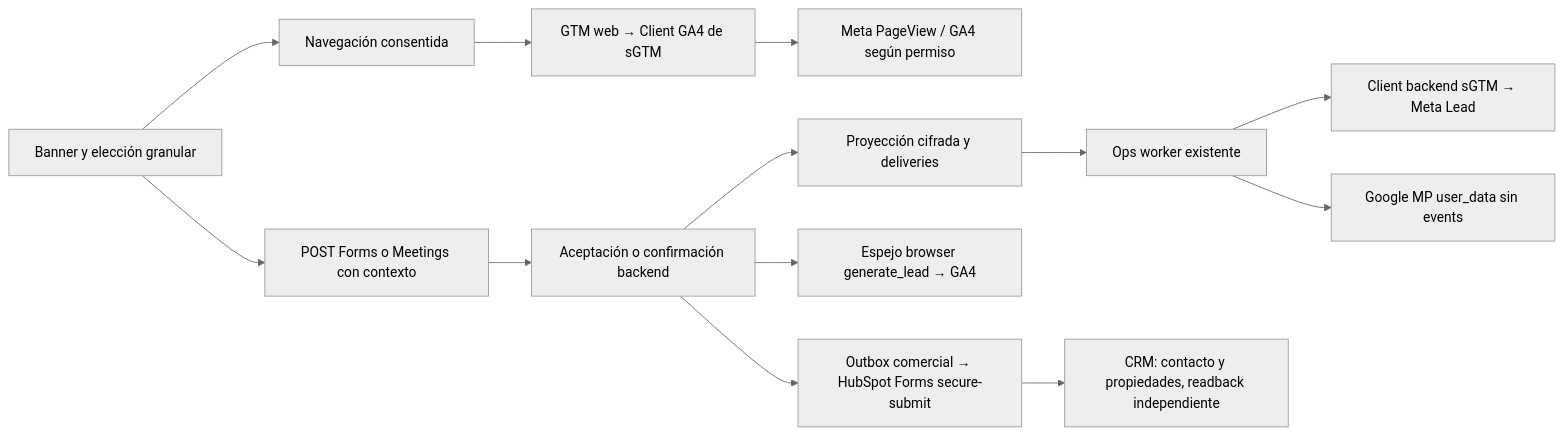
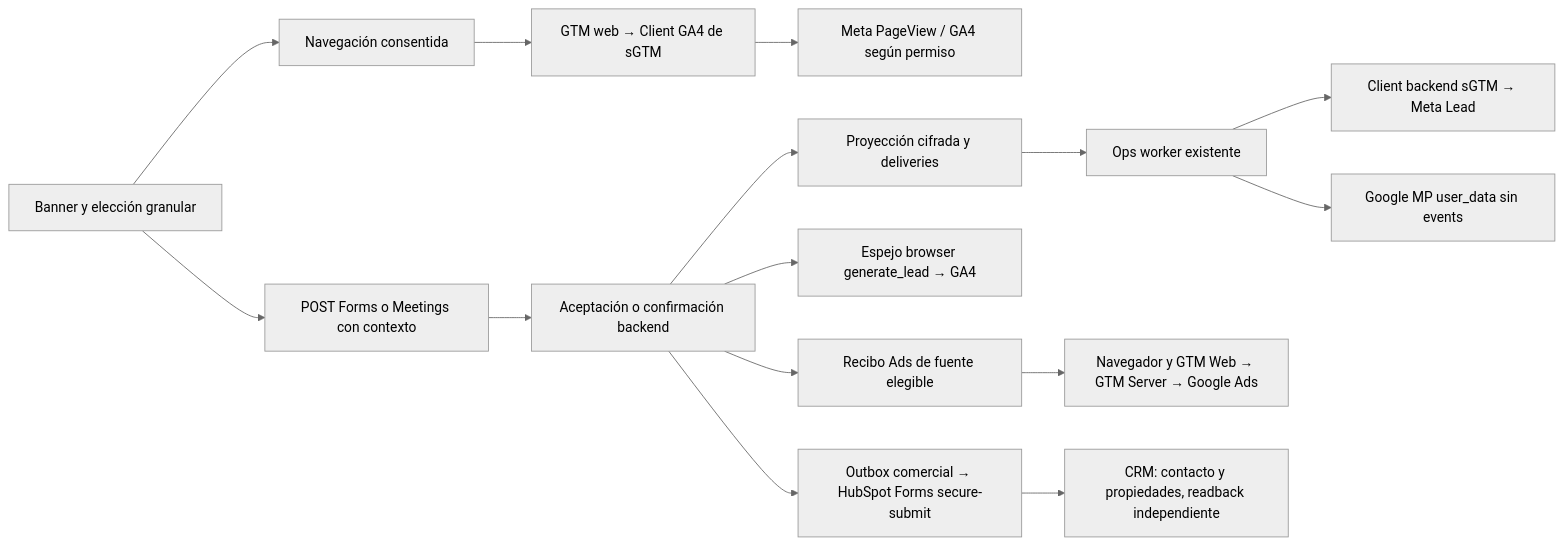
Before and after one commit to efeoncepro/greenhouse-eo: the diagram in docs/reference/measurement-gtm-ga4/10-growth-lead-matching-runtime.md, drawn with Mermaid (neutral theme). The commit also changed other lines of this file and 127 other files, not shown here.

````diff
--- a/docs/reference/measurement-gtm-ga4/10-growth-lead-matching-runtime.md
+++ b/docs/reference/measurement-gtm-ga4/10-growth-lead-matching-runtime.md
@@ -41,15 +74,17 @@
 ```mermaid
 flowchart LR
   B["Banner y elección granular"] --> V["Navegación consentida"]
   V --> W["GTM web → Client GA4 de sGTM"]
   W --> P["Meta PageView / GA4 según permiso"]
   B --> S["POST Forms o Meetings con contexto"]
   S --> A["Aceptación o confirmación backend"]
   A --> Q["Proyección cifrada y deliveries"]
   Q --> R["Ops worker existente"]
   R --> M["Client backend sGTM → Meta Lead"]
   R --> G["Google MP user_data sin events"]
   A --> E["Espejo browser generate_lead → GA4"]
+  A --> T["Recibo Ads de fuente elegible"]
+  T --> D["Navegador y GTM Web → GTM Server → Google Ads"]
   A --> O["Outbox comercial → HubSpot Forms secure-submit"]
   O --> C["CRM: contacto y propiedades, readback independiente"]
 ```
````
